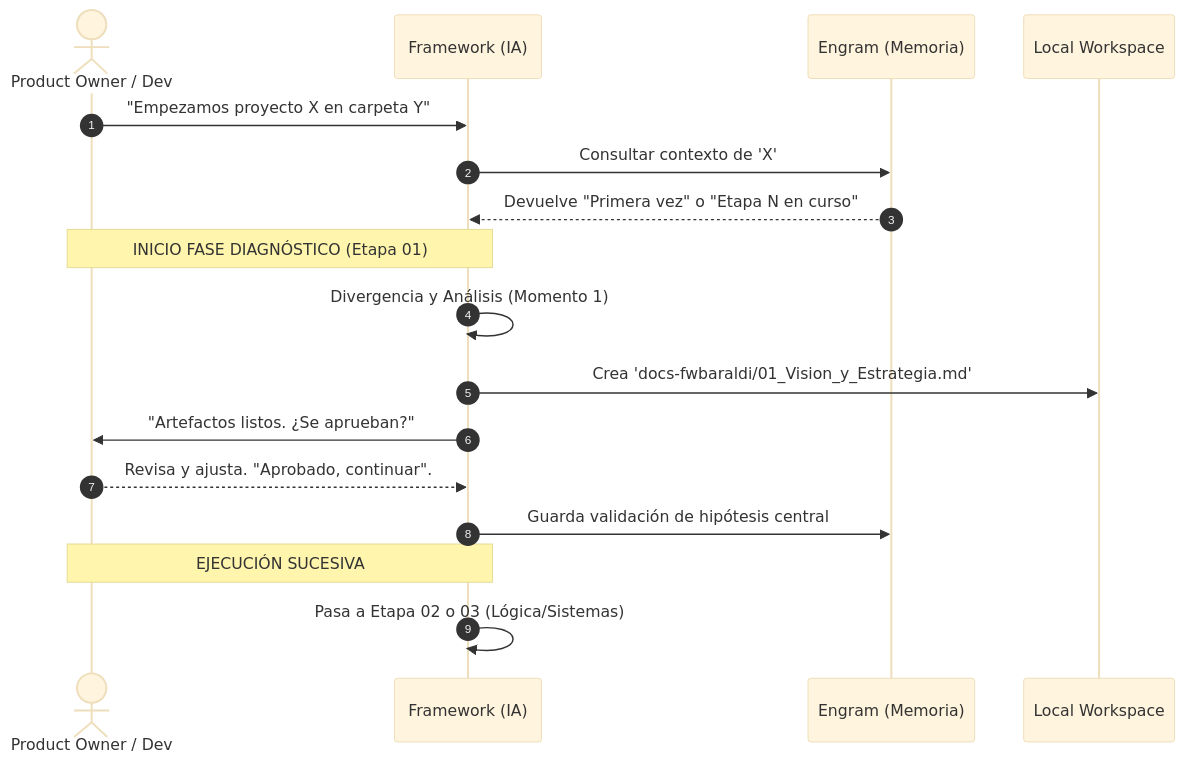
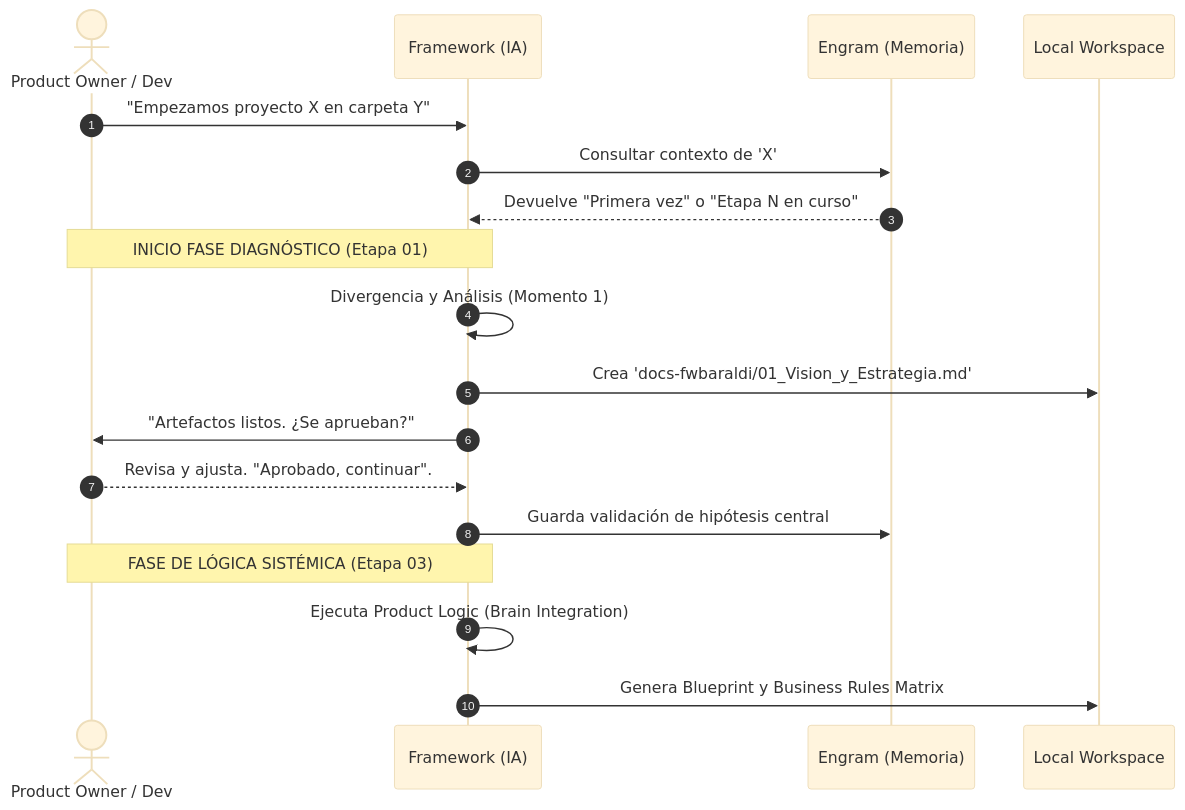
One commit to leobaraldi96/fwbaraldi changed the second of 2 diagrams in ARQUITECTURA_CORE.md. Above: the diagram before and after it, drawn with Mermaid (base theme). The commit also changed other lines of this file and 21 other files, not shown here.

````diff
--- a/ARQUITECTURA_CORE.md
+++ b/ARQUITECTURA_CORE.md
@@ -78,25 +78,26 @@
 ```mermaid
 sequenceDiagram
     autonumber
     actor Humano as Product Owner / Dev
     participant IA as Framework (IA)
     participant E as Engram (Memoria)
     participant FS as Local Workspace
 
     Humano->>IA: "Empezamos proyecto X en carpeta Y"
     IA->>E: Consultar contexto de 'X'
     E-->>IA: Devuelve "Primera vez" o "Etapa N en curso"
     
     note over IA,Humano: INICIO FASE DIAGNÓSTICO (Etapa 01)
     IA->>IA: Divergencia y Análisis (Momento 1)
     
     IA->>FS: Crea 'docs-fwbaraldi/01_Vision_y_Estrategia.md'
     IA->>Humano: "Artefactos listos. ¿Se aprueban?"
     
     Humano-->>IA: Revisa y ajusta. "Aprobado, continuar".
     
     IA->>E: Guarda validación de hipótesis central
     
-    note over IA,Humano: EJECUCIÓN SUCESIVA
-    IA->>IA: Pasa a Etapa 02 o 03 (Lógica/Sistemas)
+    note over IA,Humano: FASE DE LÓGICA SISTÉMICA (Etapa 03)
+    IA->>IA: Ejecuta Product Logic (Brain Integration)
+    IA->>FS: Genera Blueprint y Business Rules Matrix
 ```
````
